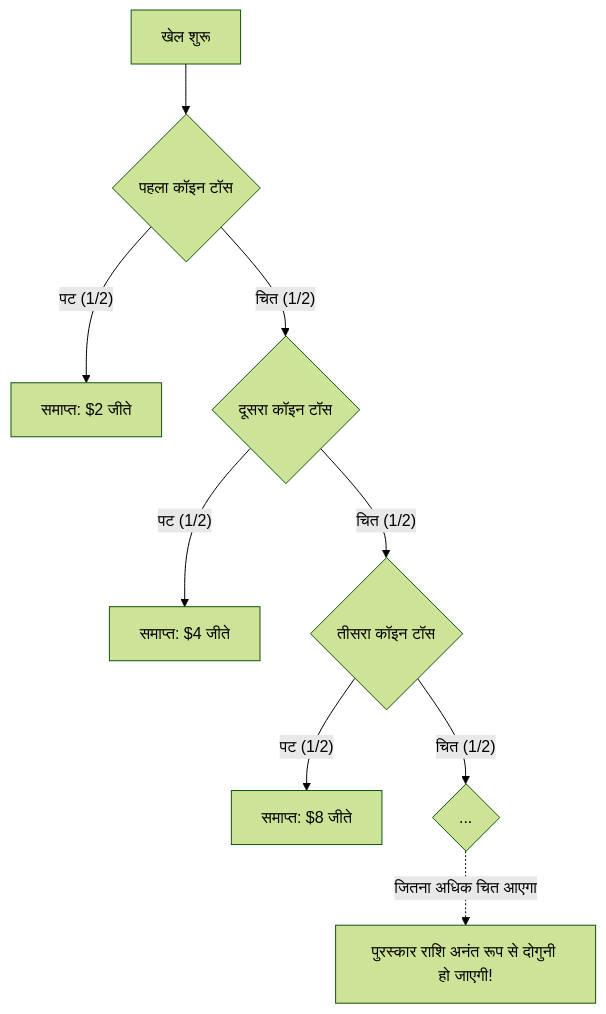
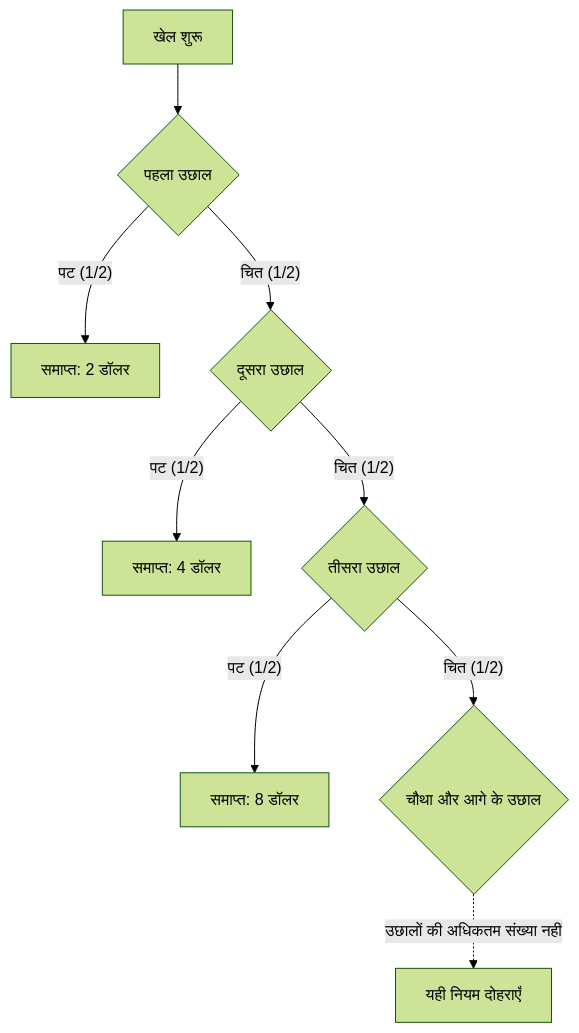
One commit to kenjinote/blog changed the diagram in content/post/サンクトペテルブルクのパラドックス/index.hi.md. Above: the diagram before and after it, drawn with Mermaid (forest theme). The commit also changed other lines of this file and 9 other files, not shown here.

````diff
--- a/content/post/サンクトペテルブルクのパラドックス/index.hi.md
+++ b/content/post/サンクトペテルブルクのパラドックス/index.hi.md
@@ -33,15 +32,11 @@
 ```mermaid
 graph TD
-    Start["खेल शुरू"] --> Toss1{"पहला कॉइन टॉस"}
-    
-    Toss1 -->|"पट (1/2)"| End1["समाप्त: $2 जीते"]
-    Toss1 -->|"चित (1/2)"| Toss2{"दूसरा कॉइन टॉस"}
-    
-    Toss2 -->|"पट (1/2)"| End2["समाप्त: $4 जीते"]
-    Toss2 -->|"चित (1/2)"| Toss3{"तीसरा कॉइन टॉस"}
-    
-    Toss3 -->|"पट (1/2)"| End3["समाप्त: $8 जीते"]
-    Toss3 -->|"चित (1/2)"| Toss4{"..."}
-    
-    Toss4 -.->|"जितना अधिक चित आएगा"| Infinite["पुरस्कार राशि अनंत रूप से दोगुनी हो जाएगी!"]
+    Start["खेल शुरू"] --> Toss1{"पहला उछाल"}
+    Toss1 -->|"पट (1/2)"| End1["समाप्त: 2 डॉलर"]
+    Toss1 -->|"चित (1/2)"| Toss2{"दूसरा उछाल"}
+    Toss2 -->|"पट (1/2)"| End2["समाप्त: 4 डॉलर"]
+    Toss2 -->|"चित (1/2)"| Toss3{"तीसरा उछाल"}
+    Toss3 -->|"पट (1/2)"| End3["समाप्त: 8 डॉलर"]
+    Toss3 -->|"चित (1/2)"| Toss4{"चौथा और आगे के उछाल"}
+    Toss4 -.->|"उछालों की अधिकतम संख्या नहीं"| Continue["यही नियम दोहराएँ"]
 ```
````
